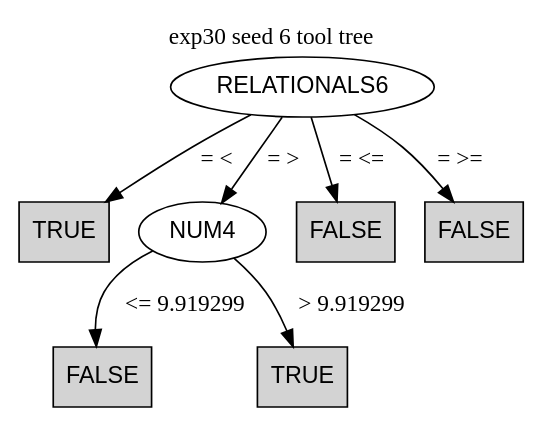
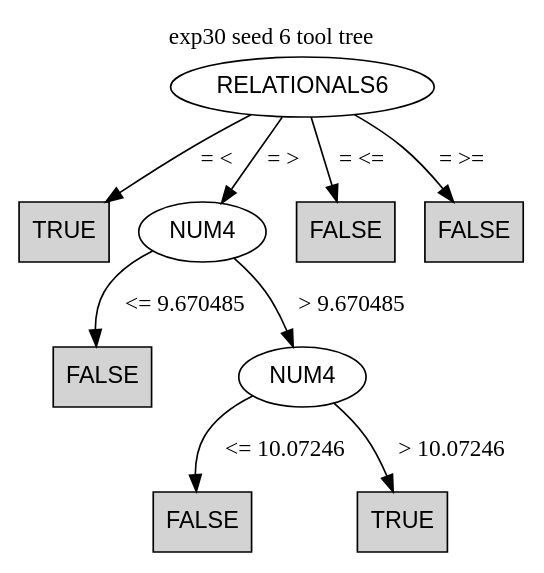
The diagram in derived_results/tool_trees/exp30/seed6/tool_tree.dot (rdinizcal/Diagnosis-replication-package), drawn with Graphviz before and after one commit. The commit also changed 666 other files, not shown here.

```diff
--- a/derived_results/tool_trees/exp30/seed6/tool_tree.dot
+++ b/derived_results/tool_trees/exp30/seed6/tool_tree.dot
@@ -1,18 +1,22 @@
 digraph J48Tree {
 rankdir=TB;
 node [fontname=Helvetica];
 label="exp30 seed 6 tool tree"; labelloc=t;
 N0 [label="RELATIONALS6",shape=ellipse];
 N1 [label="TRUE",shape=box,style=filled,fillcolor=lightgray];
 N2 [label="NUM4",shape=ellipse];
 N3 [label="FALSE",shape=box,style=filled,fillcolor=lightgray];
-N4 [label="TRUE",shape=box,style=filled,fillcolor=lightgray];
+N4 [label="NUM4",shape=ellipse];
 N5 [label="FALSE",shape=box,style=filled,fillcolor=lightgray];
-N6 [label="FALSE",shape=box,style=filled,fillcolor=lightgray];
+N6 [label="TRUE",shape=box,style=filled,fillcolor=lightgray];
+N7 [label="FALSE",shape=box,style=filled,fillcolor=lightgray];
+N8 [label="FALSE",shape=box,style=filled,fillcolor=lightgray];
 N0 -> N1 [label="= <"];
 N0 -> N2 [label="= >"];
-N2 -> N3 [label="<= 9.919299"];
-N2 -> N4 [label="> 9.919299"];
-N0 -> N5 [label="= <="];
-N0 -> N6 [label="= >="];
+N2 -> N3 [label="<= 9.670485"];
+N2 -> N4 [label="> 9.670485"];
+N4 -> N5 [label="<= 10.07246"];
+N4 -> N6 [label="> 10.07246"];
+N0 -> N7 [label="= <="];
+N0 -> N8 [label="= >="];
 }
```
